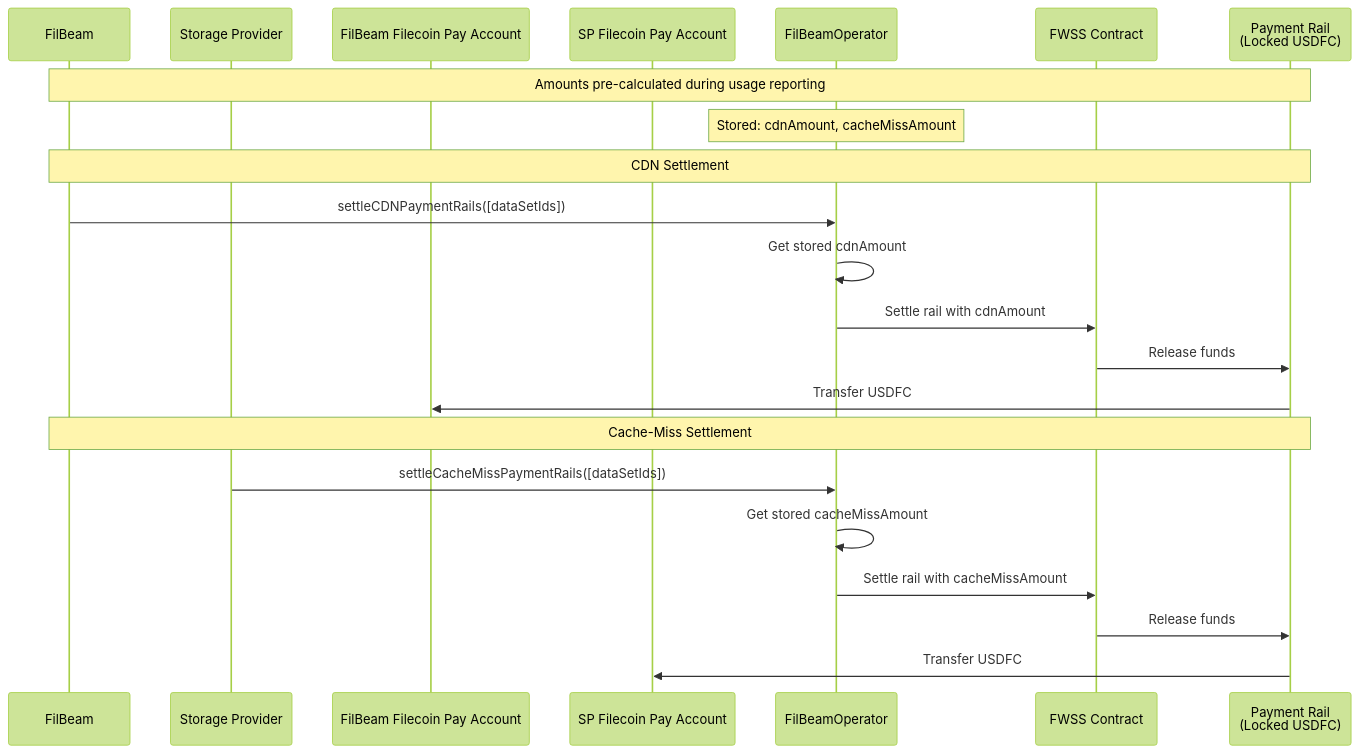
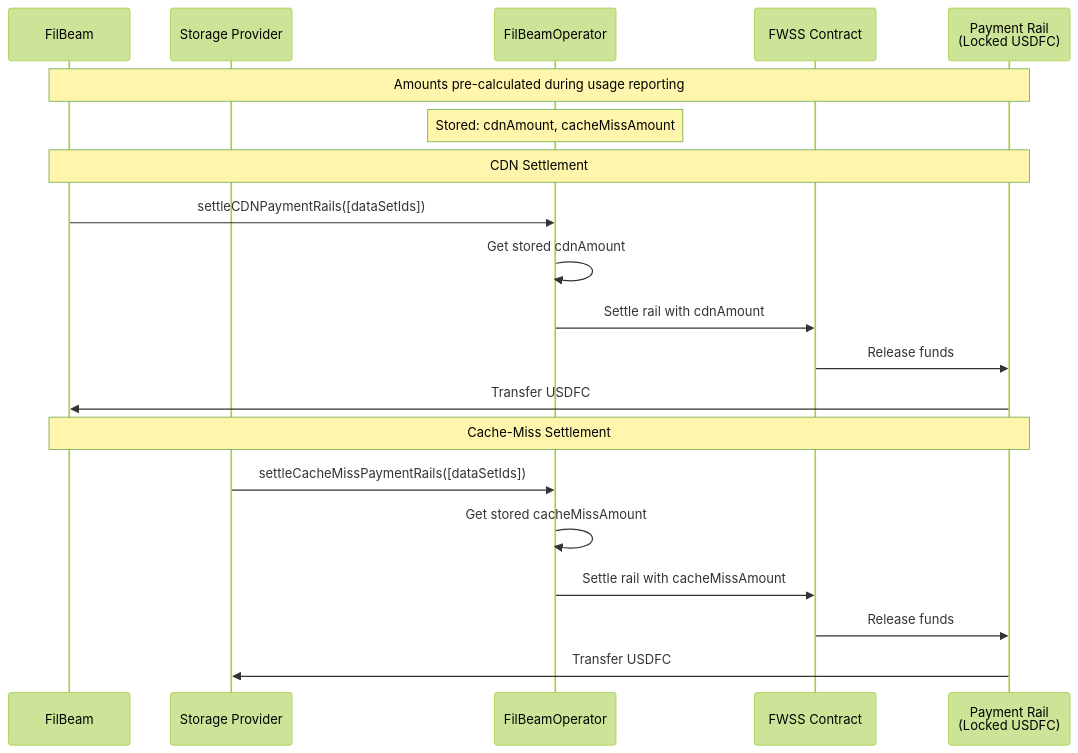
Before and after one commit to filbeam/docs: the fourth of 5 diagrams in explanation/payment-model.md, drawn with Mermaid (forest theme). The commit also changed other lines of this file, not shown here.

Commit message:
simplify charts in payment model explanation

````diff
--- a/explanation/payment-model.md
+++ b/explanation/payment-model.md
@@ -204,27 +201,25 @@
 ```mermaid
 sequenceDiagram
     participant FB as FilBeam
     participant SP as Storage Provider
-    participant FBA as FilBeam Filecoin Pay Account
-    participant SPA as SP Filecoin Pay Account
     participant Operator as FilBeamOperator
     participant FWSS as FWSS Contract
     participant Rail as Payment Rail<br/>(Locked USDFC)
 
     Note over FB,Rail: Amounts pre-calculated during usage reporting
     Note over Operator: Stored: cdnAmount, cacheMissAmount
 
     Note over FB,Rail: CDN Settlement
     FB->>Operator: settleCDNPaymentRails([dataSetIds])
     Operator->>Operator: Get stored cdnAmount
     Operator->>FWSS: Settle rail with cdnAmount
     FWSS->>Rail: Release funds
-    Rail->>FBA: Transfer USDFC
+    Rail->>FB: Transfer USDFC
 
     Note over FB,Rail: Cache-Miss Settlement
     SP->>Operator: settleCacheMissPaymentRails([dataSetIds])
     Operator->>Operator: Get stored cacheMissAmount
     Operator->>FWSS: Settle rail with cacheMissAmount
     FWSS->>Rail: Release funds
-    Rail->>SPA: Transfer USDFC
+    Rail->>SP: Transfer USDFC
 ```
````
